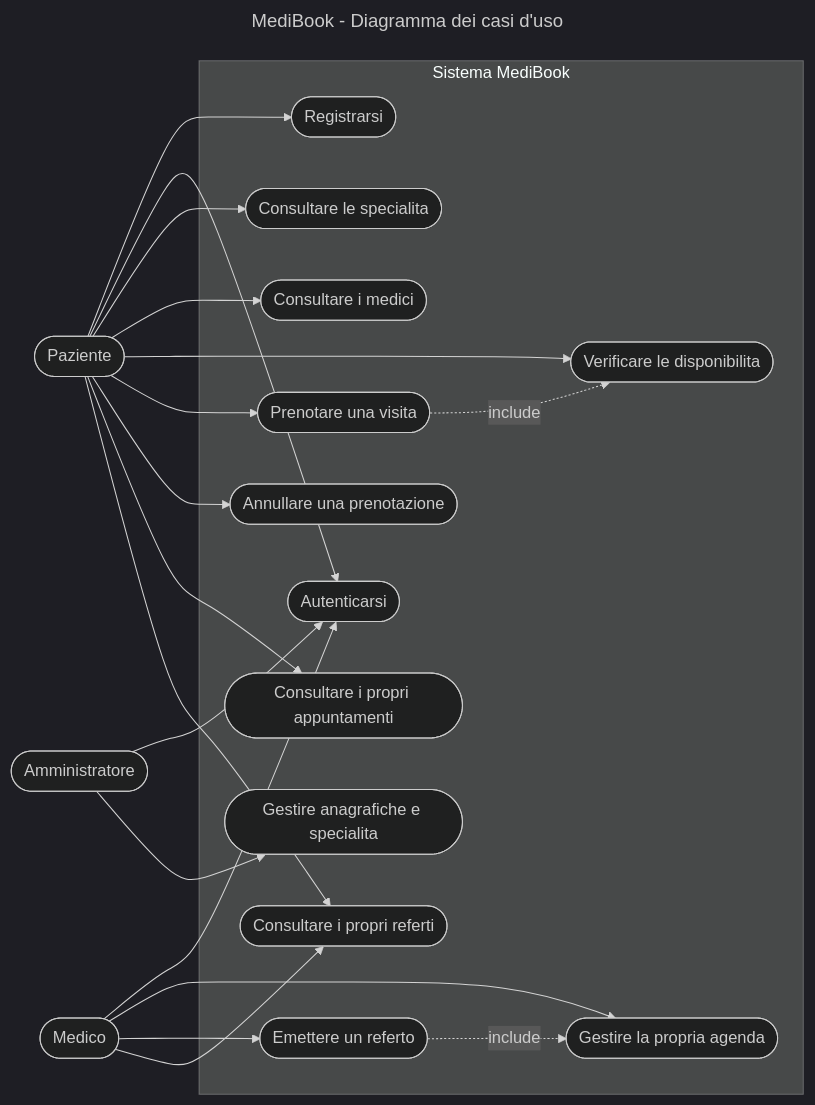
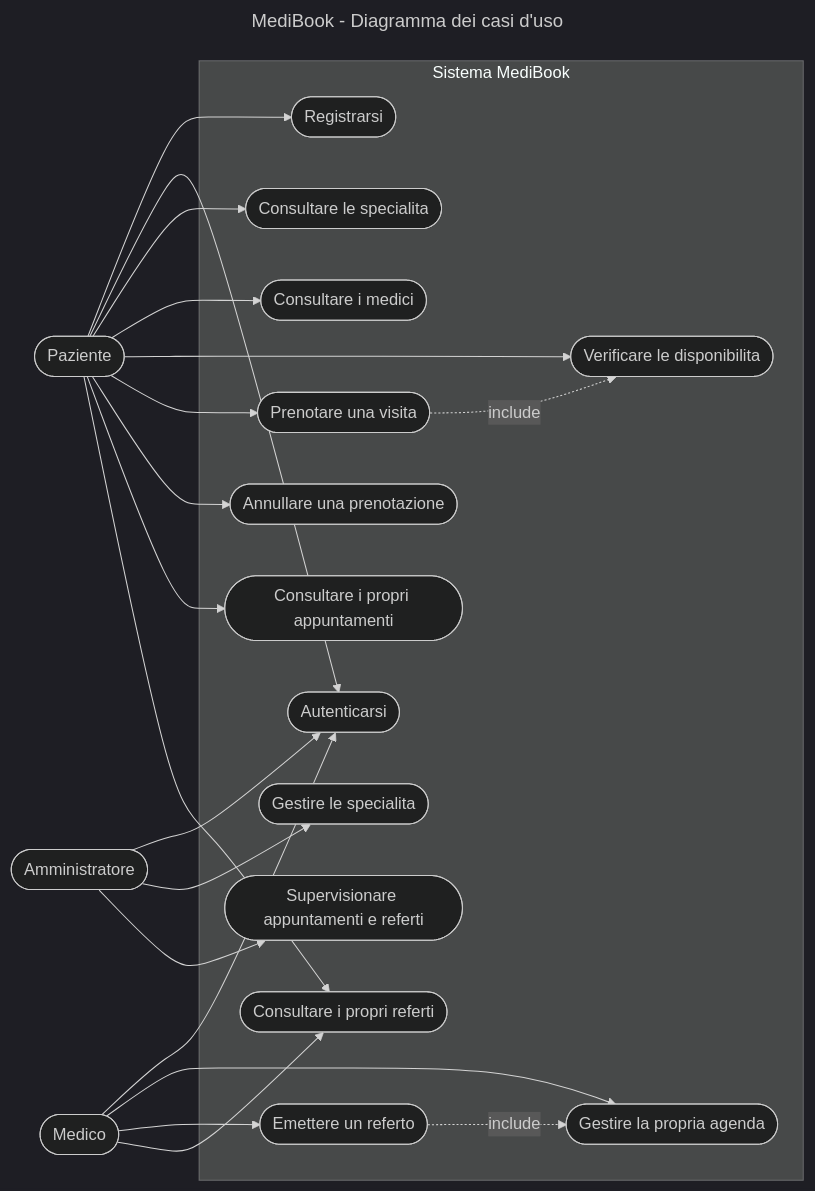
The diagram in docs/diagrammi/casi-uso.mmd (Clash8/project-work-16-medibook), drawn with Mermaid (dark theme) before and after one commit. The commit also changed 8 other files, not shown here.

```diff
--- a/docs/diagrammi/casi-uso.mmd
+++ b/docs/diagrammi/casi-uso.mmd
@@ -1,43 +1,45 @@
 ---
 title: MediBook - Diagramma dei casi d'uso
 ---
 flowchart LR
     paziente(["Paziente"])
     medico(["Medico"])
     admin(["Amministratore"])
 
     subgraph sistema["Sistema MediBook"]
         uc1(["Registrarsi"])
         uc2(["Autenticarsi"])
         uc3(["Consultare le specialita"])
         uc4(["Consultare i medici"])
         uc5(["Verificare le disponibilita"])
         uc6(["Prenotare una visita"])
         uc7(["Annullare una prenotazione"])
         uc8(["Consultare i propri appuntamenti"])
         uc9(["Consultare i propri referti"])
         uc10(["Gestire la propria agenda"])
         uc11(["Emettere un referto"])
-        uc12(["Gestire anagrafiche e specialita"])
+        uc12(["Gestire le specialita"])
+        uc13(["Supervisionare appuntamenti e referti"])
     end
 
     paziente --> uc1
     paziente --> uc2
     paziente --> uc3
     paziente --> uc4
     paziente --> uc5
     paziente --> uc6
     paziente --> uc7
     paziente --> uc8
     paziente --> uc9
 
     medico --> uc2
     medico --> uc10
     medico --> uc11
     medico --> uc9
 
     admin --> uc2
     admin --> uc12
+    admin --> uc13
 
     uc6 -. include .-> uc5
     uc11 -. include .-> uc10
```
